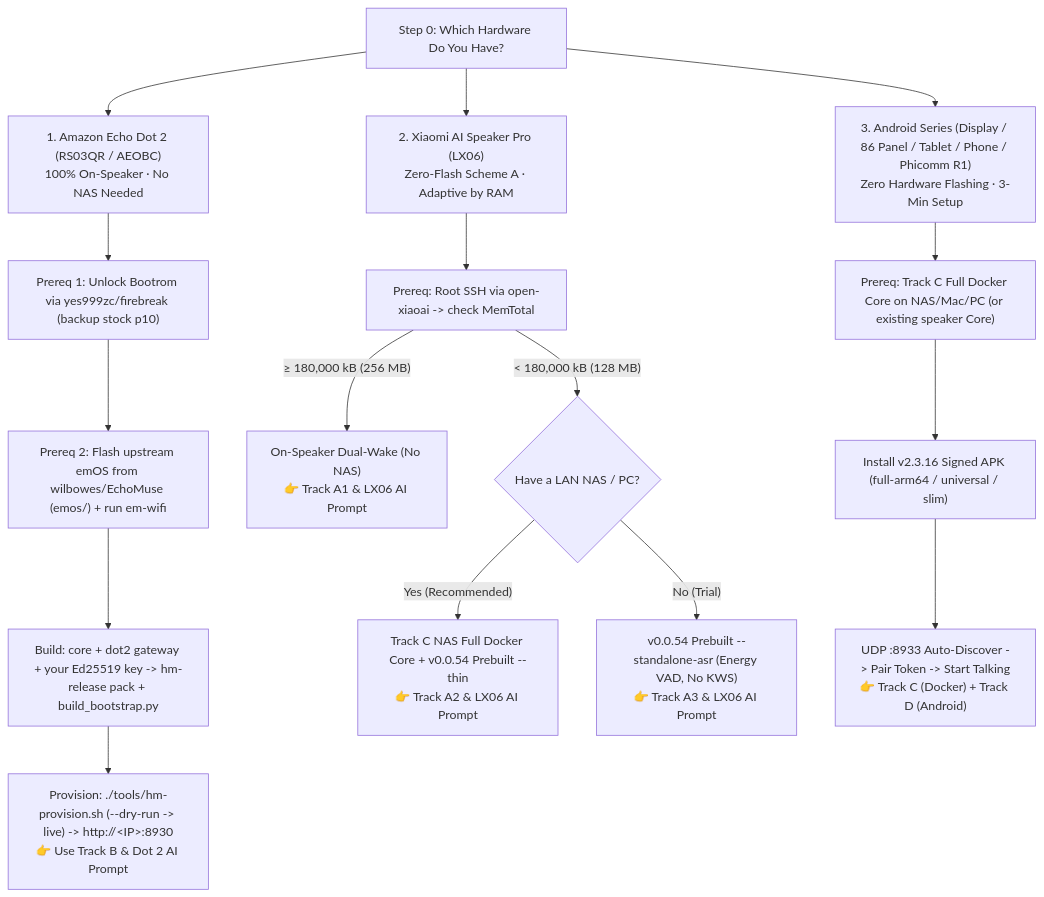
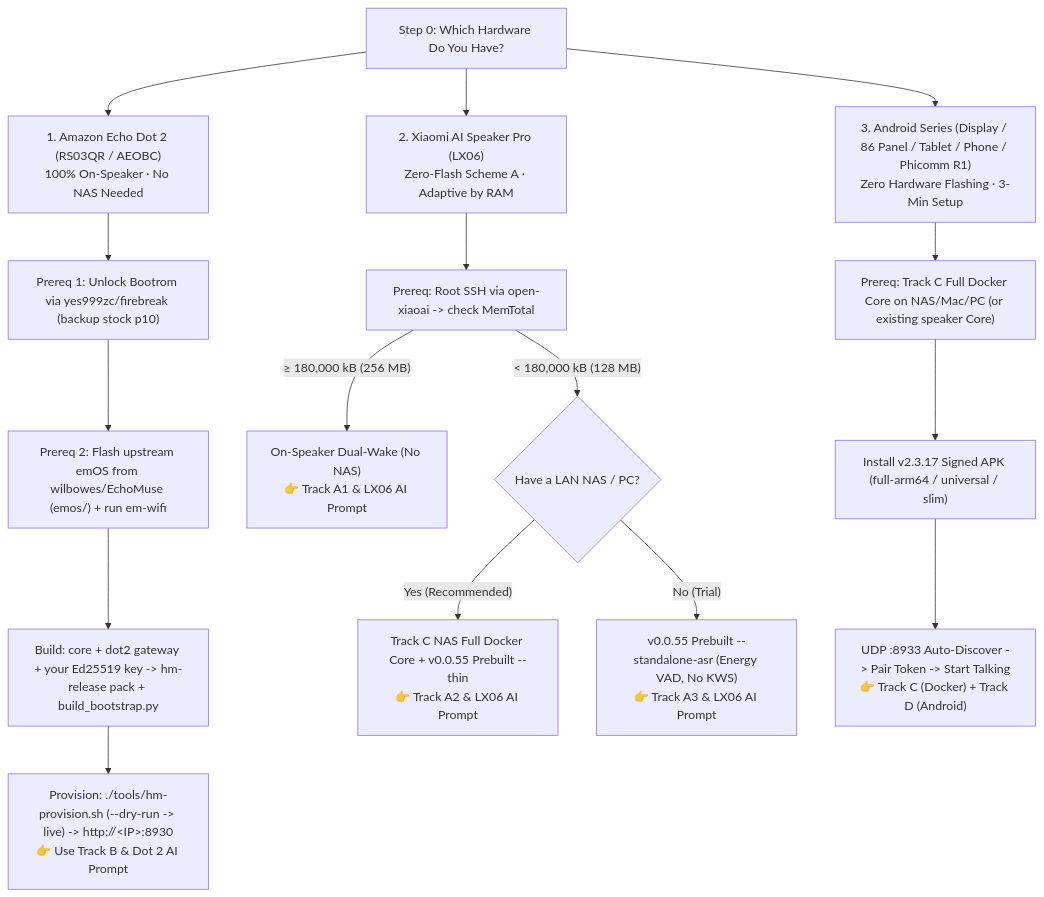
The diagram in README.md (0uzu0/home-mate), drawn with Mermaid before and after one commit. The commit also changed other lines of this file and 15 other files, not shown here.

````diff
--- a/README.md
+++ b/README.md
@@ -63,23 +63,23 @@
 ```mermaid
 flowchart TD
     Root["Step 0: Which Hardware Do You Have?"]
 
     Root --> Dot2["1. Amazon Echo Dot 2 (RS03QR / AEOBC)<br/>100% On-Speaker · No NAS Needed"]
     Root --> LX06["2. Xiaomi AI Speaker Pro (LX06)<br/>Zero-Flash Scheme A · Adaptive by RAM"]
     Root --> Android["3. Android Series (Display / 86 Panel / Tablet / Phone / Phicomm R1)<br/>Zero Hardware Flashing · 3-Min Setup"]
 
     Dot2 --> D0["Prereq 1: Unlock Bootrom via yes999zc/firebreak (backup stock p10)"]
     D0 --> D1["Prereq 2: Flash upstream emOS from wilbowes/EchoMuse (emos/) + run em-wifi"]
     D1 --> D2["Build: core + dot2 gateway + your Ed25519 key -> hm-release pack + build_bootstrap.py"]
     D2 --> D3["Provision: ./tools/hm-provision.sh (--dry-run -> live) -> http://&lt;IP&gt;:8930<br/>👉 Use Track B &amp; Dot 2 AI Prompt"]
 
     LX06 --> L0["Prereq: Root SSH via open-xiaoai -> check MemTotal"]
     L0 -->|"≥ 180,000 kB (256 MB)"| L256["On-Speaker Dual-Wake (No NAS)<br/>👉 Track A1 &amp; LX06 AI Prompt"]
     L0 -->|"< 180,000 kB (128 MB)"| L128{"Have a LAN NAS / PC?"}
-    L128 -->|"Yes (Recommended)"| LThin["Track C NAS Full Docker Core + v0.0.54 Prebuilt --thin<br/>👉 Track A2 &amp; LX06 AI Prompt"]
-    L128 -->|"No (Trial)"| LAsr["v0.0.54 Prebuilt --standalone-asr (Energy VAD, No KWS)<br/>👉 Track A3 &amp; LX06 AI Prompt"]
+    L128 -->|"Yes (Recommended)"| LThin["Track C NAS Full Docker Core + v0.0.55 Prebuilt --thin<br/>👉 Track A2 &amp; LX06 AI Prompt"]
+    L128 -->|"No (Trial)"| LAsr["v0.0.55 Prebuilt --standalone-asr (Energy VAD, No KWS)<br/>👉 Track A3 &amp; LX06 AI Prompt"]
 
     Android --> A1["Prereq: Track C Full Docker Core on NAS/Mac/PC (or existing speaker Core)"]
-    A1 --> A2["Install v2.3.16 Signed APK (full-arm64 / universal / slim)"]
+    A1 --> A2["Install v2.3.17 Signed APK (full-arm64 / universal / slim)"]
     A2 --> A3["UDP :8933 Auto-Discover -> Pair Token -> Start Talking<br/>👉 Track C (Docker) + Track D (Android)"]
 ```
````
